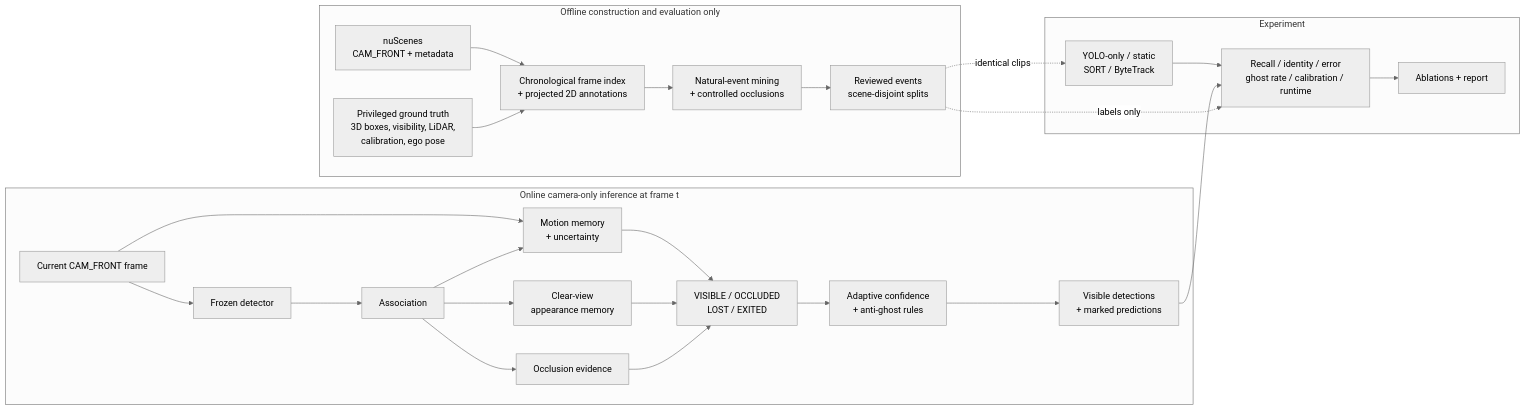
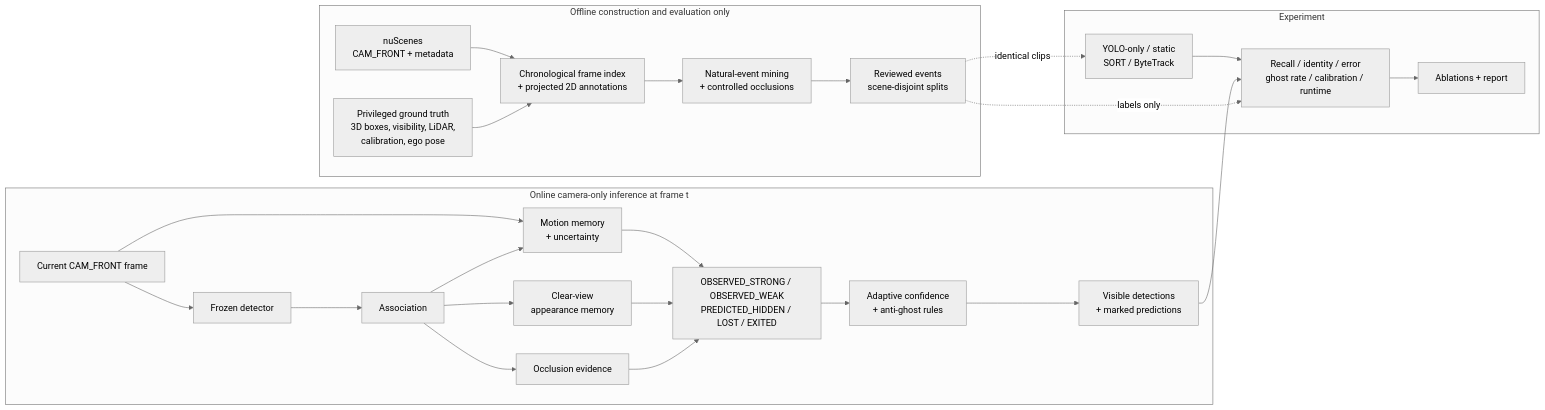
One commit to basfarnoor/yolo-occlusion-assignment changed the first of 2 diagrams in OATM/IMPLEMENTATION_PLAN.md. Above: the diagram before and after it, drawn with Mermaid (neutral theme). The commit also changed other lines of this file and 2 other files, not shown here.

````diff
--- a/OATM/IMPLEMENTATION_PLAN.md
+++ b/OATM/IMPLEMENTATION_PLAN.md
@@ -9,43 +9,43 @@
 ```mermaid
 flowchart LR
     subgraph Offline["Offline construction and evaluation only"]
         NS["nuScenes<br/>CAM_FRONT + metadata"]
         GT["Privileged ground truth<br/>3D boxes, visibility, LiDAR,<br/>calibration, ego pose"]
         INDEX["Chronological frame index<br/>+ projected 2D annotations"]
         EVENTS["Natural-event mining<br/>+ controlled occlusions"]
         REVIEW["Reviewed events<br/>scene-disjoint splits"]
         NS --> INDEX
         GT --> INDEX --> EVENTS --> REVIEW
     end
 
     subgraph Online["Online camera-only inference at frame t"]
         IMAGE["Current CAM_FRONT frame"]
         DETECT["Frozen detector"]
         ASSOC["Association"]
         MOTION["Motion memory<br/>+ uncertainty"]
         APPEAR["Clear-view<br/>appearance memory"]
         OCC["Occlusion evidence"]
-        STATE["VISIBLE / OCCLUDED<br/>LOST / EXITED"]
+        STATE["OBSERVED_STRONG / OBSERVED_WEAK<br/>PREDICTED_HIDDEN / LOST / EXITED"]
         DECAY["Adaptive confidence<br/>+ anti-ghost rules"]
         OUTPUT["Visible detections<br/>+ marked predictions"]
         IMAGE --> DETECT --> ASSOC
         IMAGE --> MOTION
         ASSOC --> MOTION
         ASSOC --> APPEAR
         ASSOC --> OCC
         MOTION --> STATE
         APPEAR --> STATE
         OCC --> STATE --> DECAY --> OUTPUT
     end
 
     subgraph Study["Experiment"]
         BASE["YOLO-only / static<br/>SORT / ByteTrack"]
         METRICS["Recall / identity / error<br/>ghost rate / calibration / runtime"]
         REPORT["Ablations + report"]
         BASE --> METRICS
         OUTPUT --> METRICS --> REPORT
     end
 
     REVIEW -. "labels only" .-> METRICS
     REVIEW -. "identical clips" .-> BASE
 ```
````
